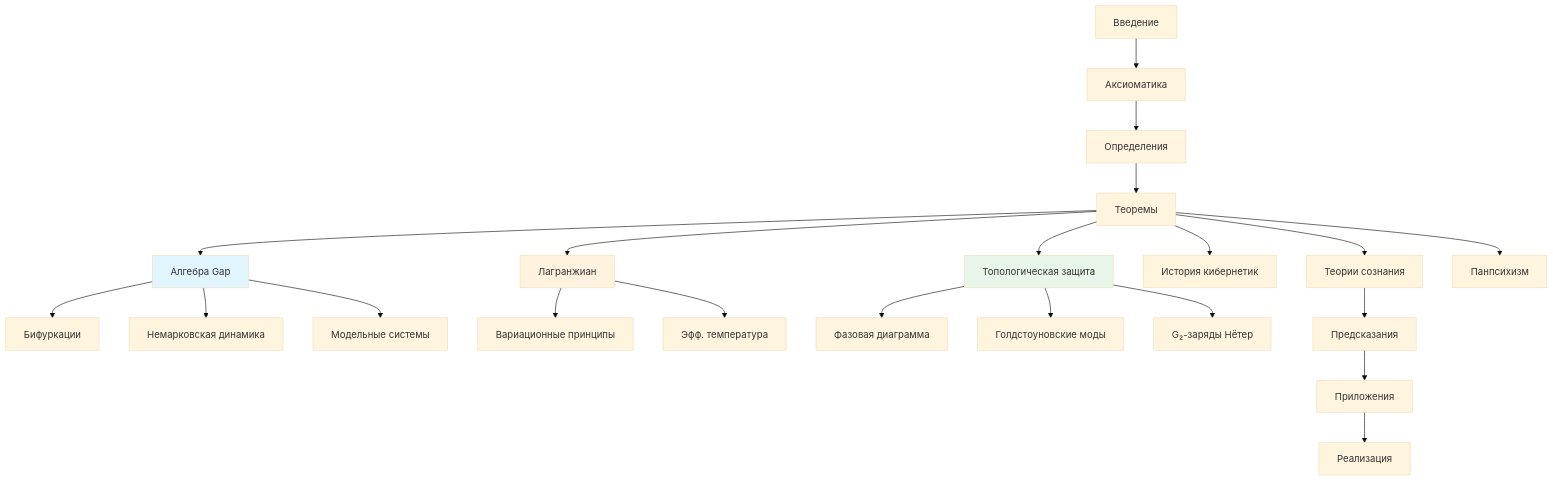
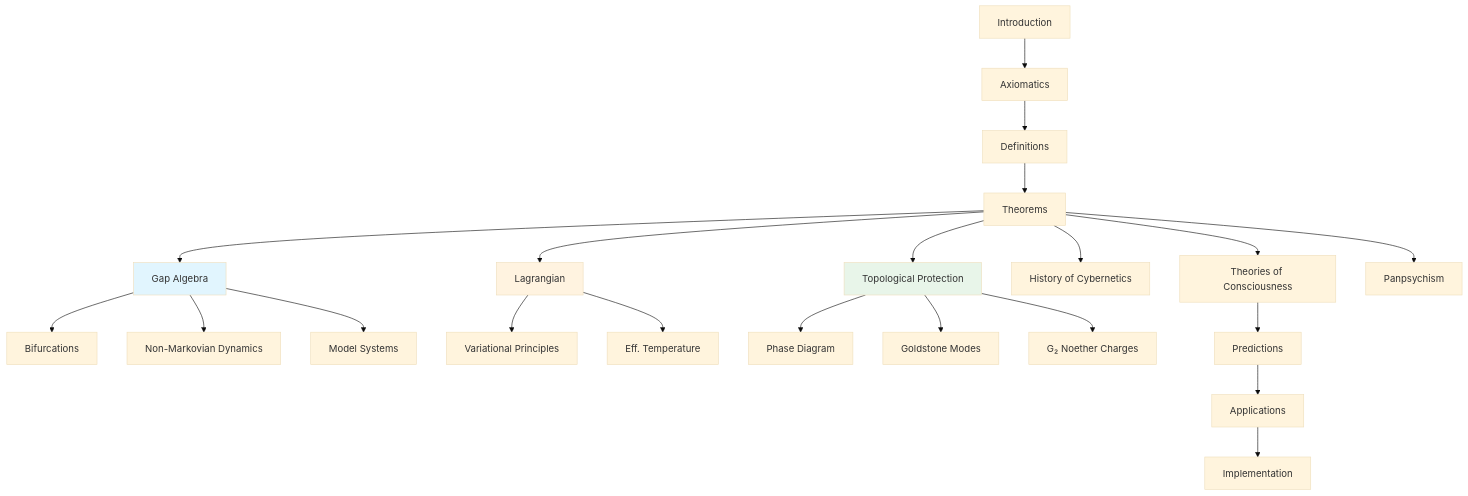
One commit to uhm-theory/holon changed the diagram in website/docs/applied/coherence-cybernetics/introduction.md. Above: the diagram before and after it, drawn with Mermaid (base theme). The commit also changed other lines of this file and 28 other files, not shown here.

````diff
--- a/website/docs/applied/coherence-cybernetics/introduction.md
+++ b/website/docs/applied/coherence-cybernetics/introduction.md
@@ -343,32 +343,32 @@
 ```mermaid
 graph TD
-    INTRO[Введение] --> AX[Аксиоматика]
-    AX --> DEF[Определения]
-    DEF --> TH[Теоремы]
+    INTRO[Introduction] --> AX[Axiomatics]
+    AX --> DEF[Definitions]
+    DEF --> TH[Theorems]
 
-    TH --> GAP["Алгебра Gap"]
-    GAP --> BIF[Бифуркации]
-    GAP --> NM[Немарковская динамика]
-    GAP --> MS[Модельные системы]
+    TH --> GAP["Gap Algebra"]
+    GAP --> BIF[Bifurcations]
+    GAP --> NM[Non-Markovian Dynamics]
+    GAP --> MS[Model Systems]
 
-    TH --> LAG[Лагранжиан]
-    LAG --> VAR[Вариационные принципы]
-    LAG --> TEMP[Эфф. температура]
+    TH --> LAG[Lagrangian]
+    LAG --> VAR[Variational Principles]
+    LAG --> TEMP[Eff. Temperature]
 
-    TH --> TOP[Топологическая защита]
-    TOP --> PD[Фазовая диаграмма]
-    TOP --> GOLD[Голдстоуновские моды]
-    TOP --> G2N[G₂-заряды Нётер]
+    TH --> TOP[Topological Protection]
+    TOP --> PD[Phase Diagram]
+    TOP --> GOLD[Goldstone Modes]
+    TOP --> G2N[G₂ Noether Charges]
 
-    TH --> HIST[История кибернетик]
-    TH --> CONS[Теории сознания]
-    TH --> PAN[Панпсихизм]
+    TH --> HIST[History of Cybernetics]
+    TH --> CONS[Theories of Consciousness]
+    TH --> PAN[Panpsychism]
 
-    CONS --> PRED[Предсказания]
-    PRED --> APP[Приложения]
-    APP --> IMPL[Реализация]
+    CONS --> PRED[Predictions]
+    PRED --> APP[Applications]
+    APP --> IMPL[Implementation]
 
     style GAP fill:#e1f5fe
     style LAG fill:#fff3e0
     style TOP fill:#e8f5e9
 ```
````
